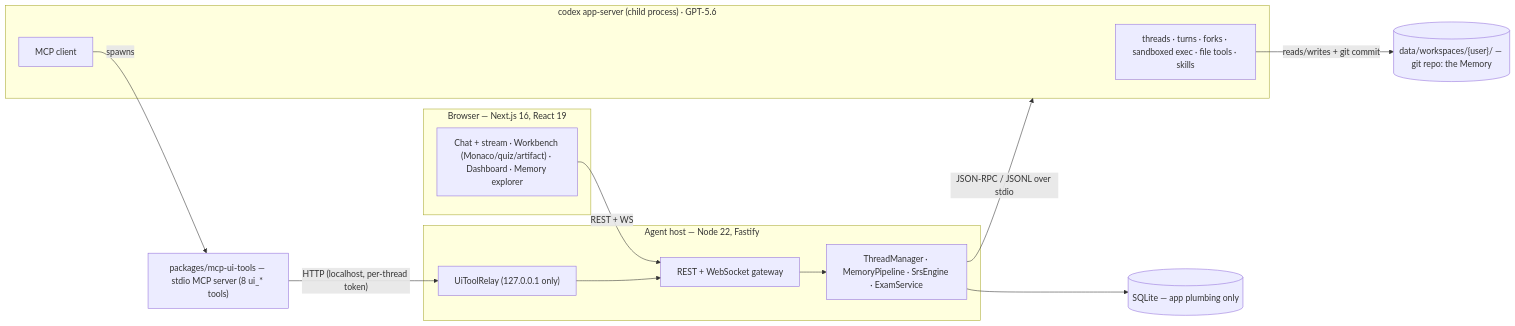
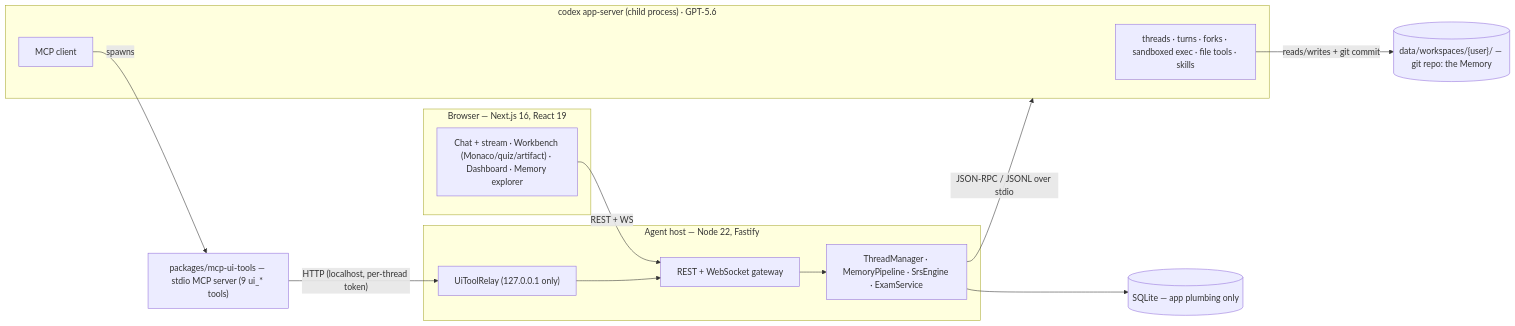
One commit to yadneshSalvi/EduAgent changed the diagram in README.md. Above: the diagram before and after it, drawn with Mermaid. The commit also changed other lines of this file and 6 other files, not shown here.

````diff
--- a/README.md
+++ b/README.md
@@ -160,25 +175,25 @@
 ```mermaid
 flowchart LR
   subgraph BROWSER["Browser — Next.js 16, React 19"]
     UI["Chat + stream · Workbench (Monaco/quiz/artifact) · Dashboard · Memory explorer"]
   end
   subgraph HOST["Agent host — Node 22, Fastify"]
     GW["REST + WebSocket gateway"]
     TM["ThreadManager · MemoryPipeline · SrsEngine · ExamService"]
     RELAY["UiToolRelay (127.0.0.1 only)"]
   end
   subgraph CODEX["codex app-server (child process) · GPT-5.6"]
     CAP["threads · turns · forks · sandboxed exec · file tools · skills"]
     MCPC["MCP client"]
   end
-  MCPS["packages/mcp-ui-tools — stdio MCP server (8 ui_* tools)"]
+  MCPS["packages/mcp-ui-tools — stdio MCP server (9 ui_* tools)"]
   WSREPO[("data/workspaces/{user}/ — git repo: the Memory")]
   DB[("SQLite — app plumbing only")]
 
   UI -- "REST + WS" --> GW --> TM
   TM -- "JSON-RPC / JSONL over stdio" --> CODEX
   CAP -- "reads/writes + git commit" --> WSREPO
   MCPC -- spawns --> MCPS
   MCPS -- "HTTP (localhost, per-thread token)" --> RELAY --> GW
   TM --> DB
 ```
````
